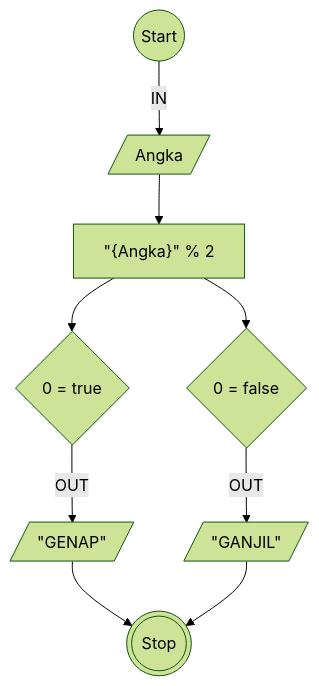
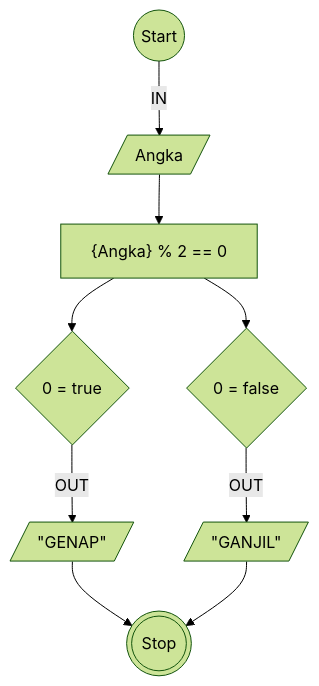
The diagram in Ganjil_Genap.md (almarufh/Koda-B8-Algoritma), drawn with Mermaid (forest theme) before and after one commit. The commit also changed other lines of this file, not shown here.

````diff
--- a/Ganjil_Genap.md
+++ b/Ganjil_Genap.md
@@ -19,22 +19,22 @@
 ```mermaid
 flowchart TD
 
 A@{ shape: circle, label: "Start" }
 B@{ shape: lean-r, label: "Angka" }
-C@{ shape: rect, label: '"{Angka}" % 2' }
+C@{ shape: rect, label: "{Angka} % 2 == 0" }
 D@{ shape: diamond, label: "0 = true" }
 E@{ shape: diamond, label: "0 = false" }
 F@{ shape: lean-r, label: '"GANJIL"' }
 G@{ shape: lean-r, label: '"GENAP"' }
 H@{ shape: dbl-circ, label: "Stop" }
 
 A --IN--> B
 B --> C
 C --> D
 C --> E
 D --OUT--> G
 E --OUT--> F
 G --> H
 F --> H
 
 ```
````
